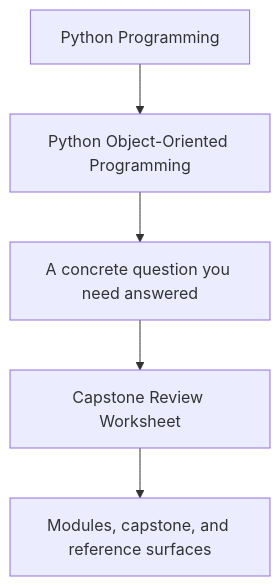
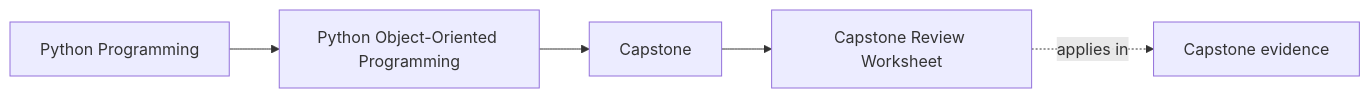
The first of 2 diagrams in programs/python-programming/python-object-oriented-programming/course-book/capstone/capstone-review-worksheet.md (bijux/bijux-masterclass), drawn with Mermaid before and after one commit. The commit also changed other lines of this file and 103 other files, not shown here.

Commit message:
docs(python-object-oriented-programming): map sustainment and capstone surfaces

````diff
--- a/programs/python-programming/python-object-oriented-programming/course-book/capstone/capstone-review-worksheet.md
+++ b/programs/python-programming/python-object-oriented-programming/course-book/capstone/capstone-review-worksheet.md
@@ -7,7 +7,11 @@
 ```mermaid
-flowchart TD
-  family["Python Programming"] --> program["Python Object-Oriented Programming"]
-  program --> pressure["A concrete question you need answered"]
-  pressure --> guide["Capstone Review Worksheet"]
-  guide --> next["Modules, capstone, and reference surfaces"]
+graph LR
+  family["Python Programming"]
+  program["Python Object-Oriented Programming"]
+  section["Capstone"]
+  page["Capstone Review Worksheet"]
+  capstone["Capstone evidence"]
+
+  family --> program --> section --> page
+  page -.applies in.-> capstone
 ```
````
